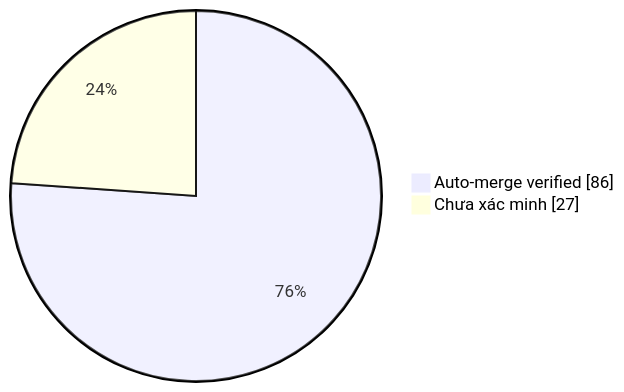
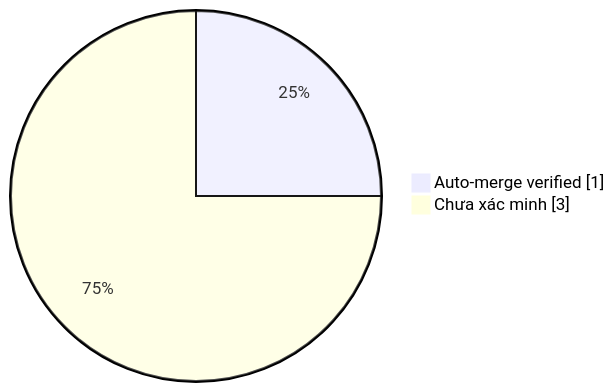
Before and after one commit to duykhang68/reddit-editor: the diagram in collector.md, drawn with Mermaid. The commit also changed other lines of this file and 1 other file, not shown here.

Commit message:
docs(collector): update auto-merge evidence dashboard

````diff
--- a/collector.md
+++ b/collector.md
@@ -22,5 +22,5 @@
 ```mermaid
 pie showData
-    "Auto-merge verified" : 86
-    "Chưa xác minh" : 27
+    "Auto-merge verified" : 1
+    "Chưa xác minh" : 3
 ```
````
